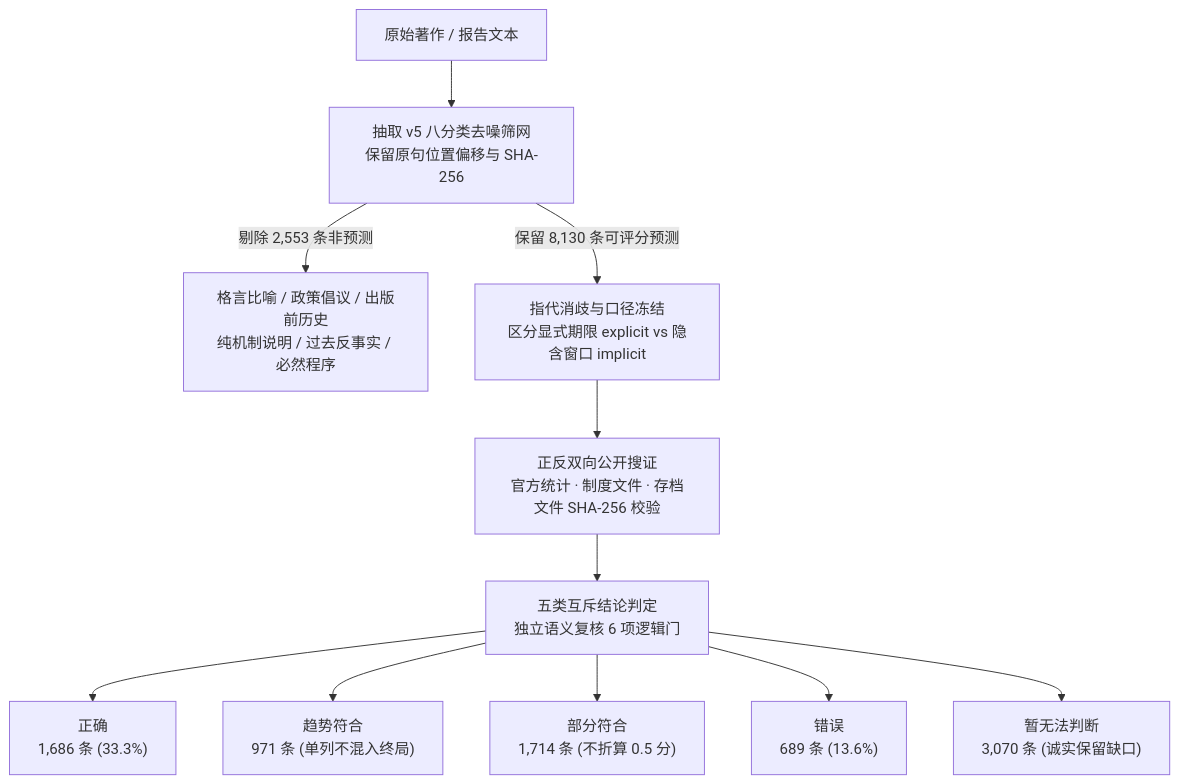
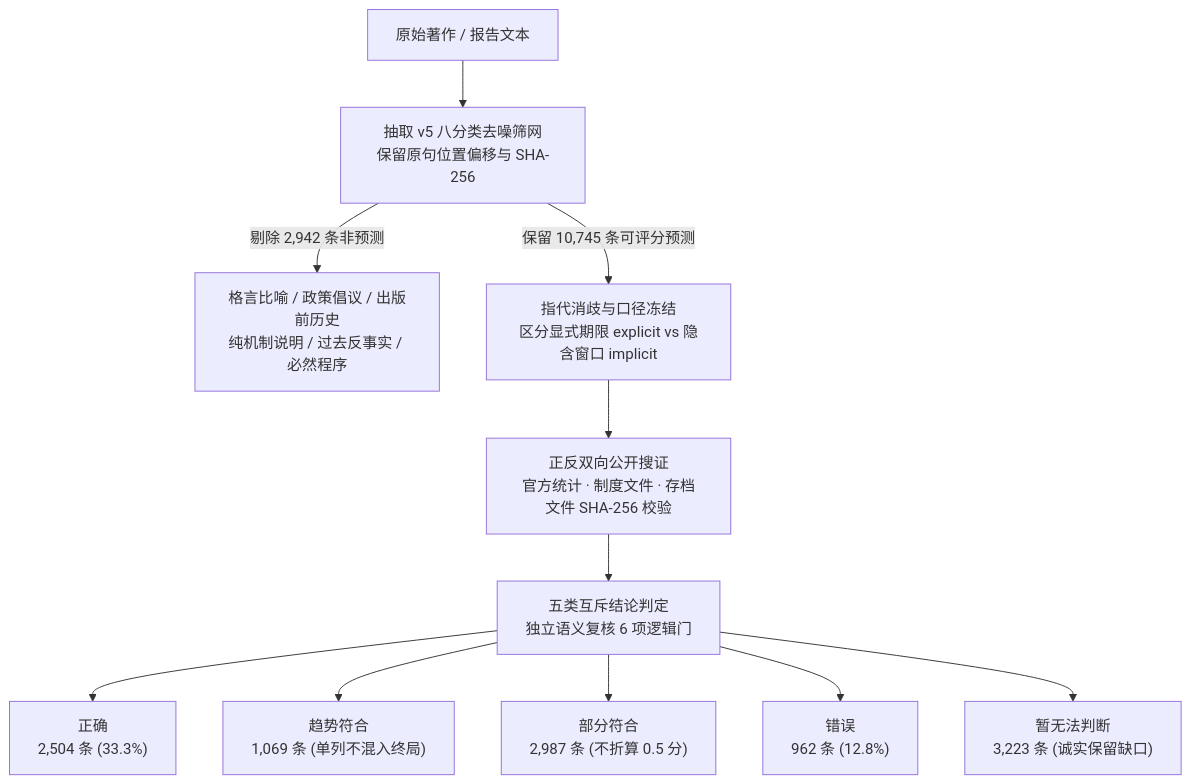
The second of 2 diagrams in docs/01-methodology-signal-and-noise.md (nebulonvc/forecast-lab), drawn with Mermaid before and after one commit. The commit also changed other lines of this file and 34 other files, not shown here.

````diff
--- a/docs/01-methodology-signal-and-noise.md
+++ b/docs/01-methodology-signal-and-noise.md
@@ -48,13 +48,13 @@
 ```mermaid
 flowchart TD
     S1["原始著作 / 报告文本"] --> S2["抽取 v5 八分类去噪筛网\n保留原句位置偏移与 SHA-256"]
-    S2 -->|"剔除 2,553 条非预测"| X1["格言比喻 / 政策倡议 / 出版前历史\n纯机制说明 / 过去反事实 / 必然程序"]
-    S2 -->|"保留 8,130 条可评分预测"| S3["指代消歧与口径冻结\n区分显式期限 explicit vs 隐含窗口 implicit"]
+    S2 -->|"剔除 2,942 条非预测"| X1["格言比喻 / 政策倡议 / 出版前历史\n纯机制说明 / 过去反事实 / 必然程序"]
+    S2 -->|"保留 10,745 条可评分预测"| S3["指代消歧与口径冻结\n区分显式期限 explicit vs 隐含窗口 implicit"]
     S3 --> S4["正反双向公开搜证\n官方统计 · 制度文件 · 存档文件 SHA-256 校验"]
     S4 --> S5["五类互斥结论判定\n独立语义复核 6 项逻辑门"]
-    S5 --> V1["正确\n1,686 条 (33.3%)"]
-    S5 --> V2["趋势符合\n971 条 (单列不混入终局)"]
-    S5 --> V3["部分符合\n1,714 条 (不折算 0.5 分)"]
-    S5 --> V4["错误\n689 条 (13.6%)"]
-    S5 --> V5["暂无法判断\n3,070 条 (诚实保留缺口)"]
+    S5 --> V1["正确\n2,504 条 (33.3%)"]
+    S5 --> V2["趋势符合\n1,069 条 (单列不混入终局)"]
+    S5 --> V3["部分符合\n2,987 条 (不折算 0.5 分)"]
+    S5 --> V4["错误\n962 条 (12.8%)"]
+    S5 --> V5["暂无法判断\n3,223 条 (诚实保留缺口)"]
 ```
````
